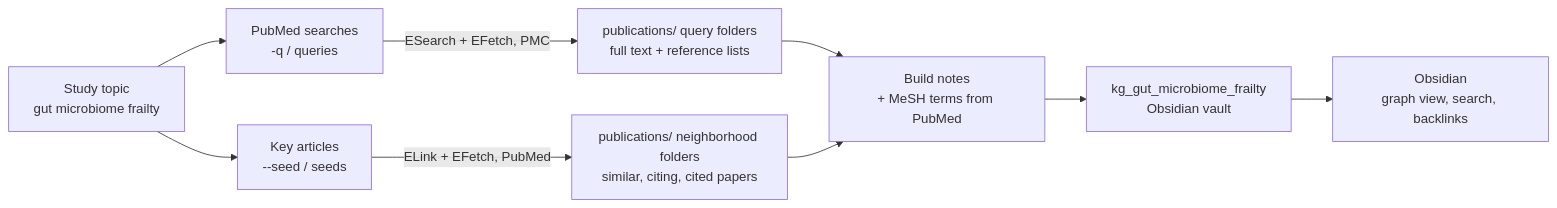
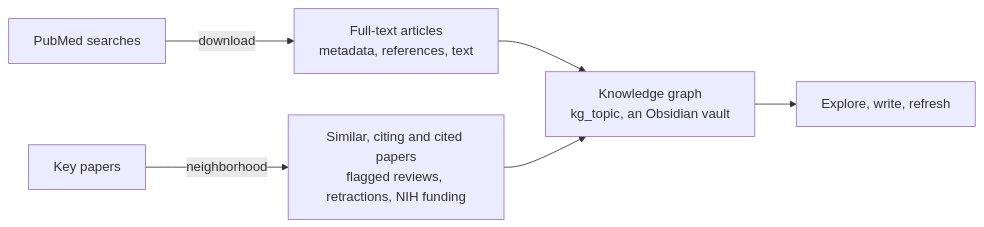
Before and after one commit to melhzy/pubmed-stream: the first of 2 diagrams in README.md, drawn with Mermaid. The commit also changed other lines of this file, not shown here.

````diff
--- a/README.md
+++ b/README.md
@@ -567,11 +9,8 @@
 ```mermaid
 flowchart LR
-    T["Study topic<br/>gut microbiome frailty"] --> Q["PubMed searches<br/>-q / queries"]
-    T --> S["Key articles<br/>--seed / seeds"]
-    Q -->|"ESearch + EFetch, PMC"| D["publications/ query folders<br/>full text + reference lists"]
-    S -->|"ELink + EFetch, PubMed"| N["publications/ neighborhood folders<br/>similar, citing, cited papers"]
-    D --> B["Build notes<br/>+ MeSH terms from PubMed"]
-    N --> B
-    B --> V["kg_gut_microbiome_frailty<br/>Obsidian vault"]
-    V --> O["Obsidian<br/>graph view, search, backlinks"]
+    S["PubMed searches"] -->|"download"| D["Full-text articles<br/>metadata, references, text"]
+    K["Key papers"] -->|"neighborhood"| N["Similar, citing and cited papers<br/>flagged reviews, retractions, NIH funding"]
+    D --> G["Knowledge graph<br/>kg_topic, an Obsidian vault"]
+    N --> G
+    G --> O["Explore, write, refresh"]
 ```
````
